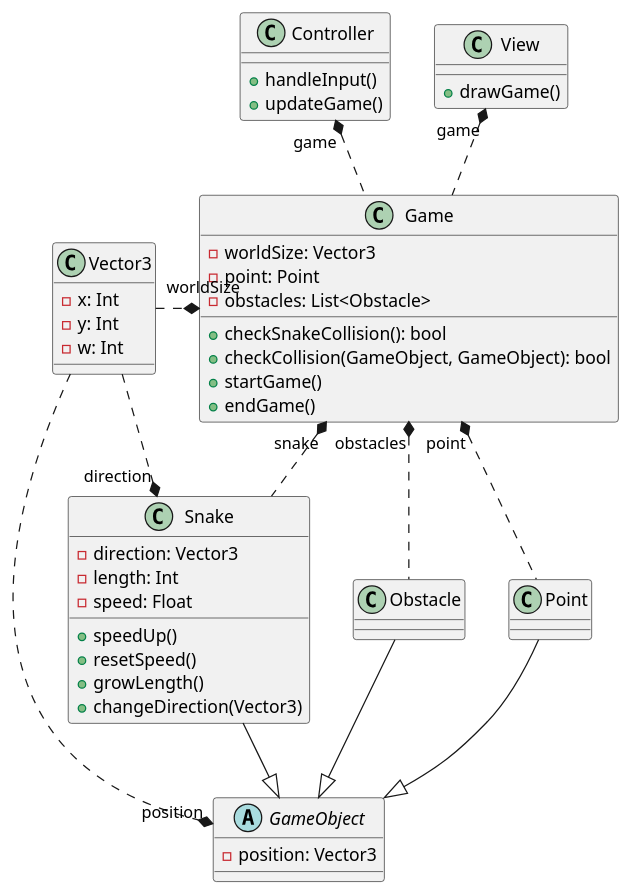
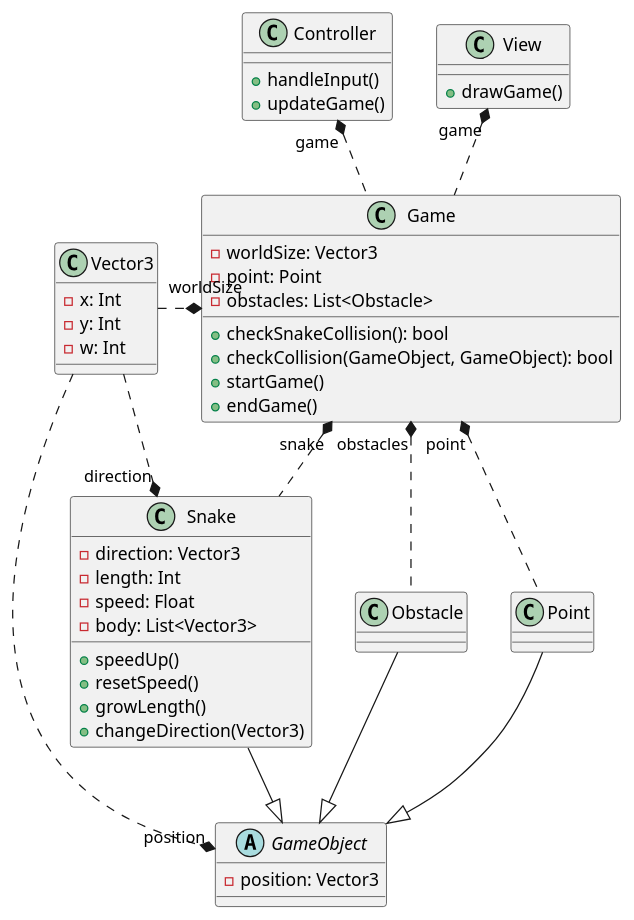
One commit to szmoli/kt_snake changed the diagram in diagrams/classDiagram.puml. Above: the diagram before and after it, drawn with PlantUML.

Commit message:
added body list to snake

```diff
--- a/diagrams/classDiagram.puml
+++ b/diagrams/classDiagram.puml
@@ -1,68 +1,69 @@
 @startuml classDiagram
 skinparam groupInheritance 2
 
 ' Game classes
 class Game {
     + checkSnakeCollision(): bool
     + checkCollision(GameObject, GameObject): bool
     + startGame()
     + endGame()
 
     - worldSize: Vector3
     - point: Point
     - obstacles: List<Obstacle>
 }
 
 abstract GameObject {
     - position: Vector3
 }
 
 class Snake {
     + speedUp()
     + resetSpeed()
     + growLength()
     + changeDirection(Vector3)
 
     - direction: Vector3
     - length: Int
     - speed: Float
+    - body: List<Vector3>
 }
 
 class Point {
 }
 
 class Obstacle {
 }
 
 ' Util classes
 class Controller {
     + handleInput()
     + updateGame()
 }
 
 class View {
     + drawGame()
 }
 
 class Vector3 {
     - x: Int
     - y: Int
     - w: Int
 }
 
 ' Inheritance
 GameObject <|-up- Point
 GameObject <|-up- Obstacle
 GameObject <|-up- Snake
 
 ' Associations
 Game "snake" *.. Snake
 Game "point" *.. Point
 Game "obstacles" *.. Obstacle
 Game "worldSize" *.left. Vector3
 GameObject "position" *.left. Vector3
 Snake "direction" *.left. Vector3
 View "game" *.. Game
 Controller "game" *.. Game
 
 @enduml
```
